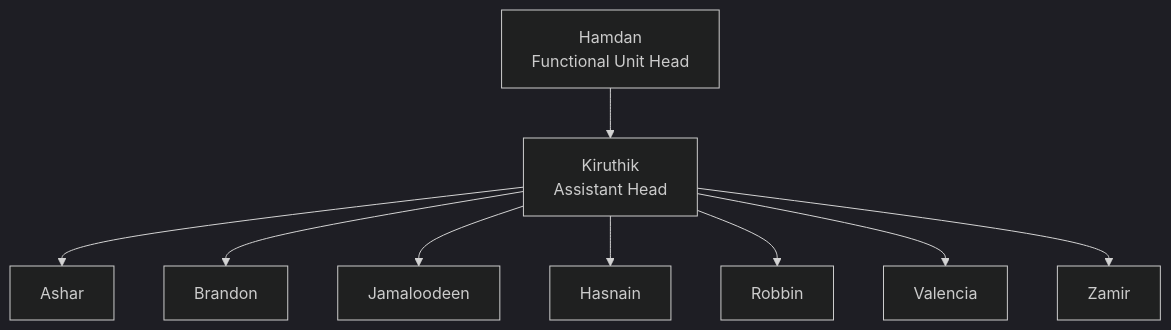
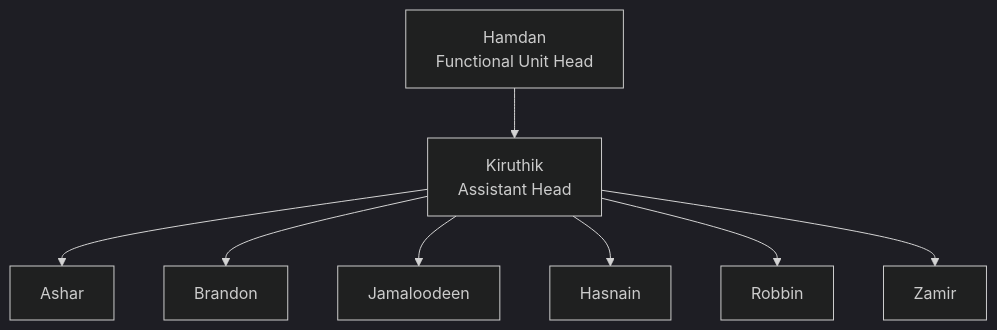
Before and after one commit to TA-Research-Development-Methods/.github: the diagram in profile/diagrams/hardware.mmd, drawn with Mermaid (dark theme). The commit also changed 2 other files, not shown here.

Commit message:
Remove Valencia from the Hardware chart

```diff
--- a/profile/diagrams/hardware.mmd
+++ b/profile/diagrams/hardware.mmd
@@ -1,10 +1,9 @@
 flowchart TB
     hamdan["Hamdan<br/>Functional Unit Head"]
     hamdan --> kiruthik["Kiruthik<br/>Assistant Head"]
     kiruthik --> ashar["Ashar"]
     kiruthik --> brandon["Brandon"]
     kiruthik --> jamaloodeen["Jamaloodeen"]
     kiruthik --> hasnain["Hasnain"]
     kiruthik --> robbin["Robbin"]
-    kiruthik --> valencia["Valencia"]
     kiruthik --> zamir["Zamir"]
```
